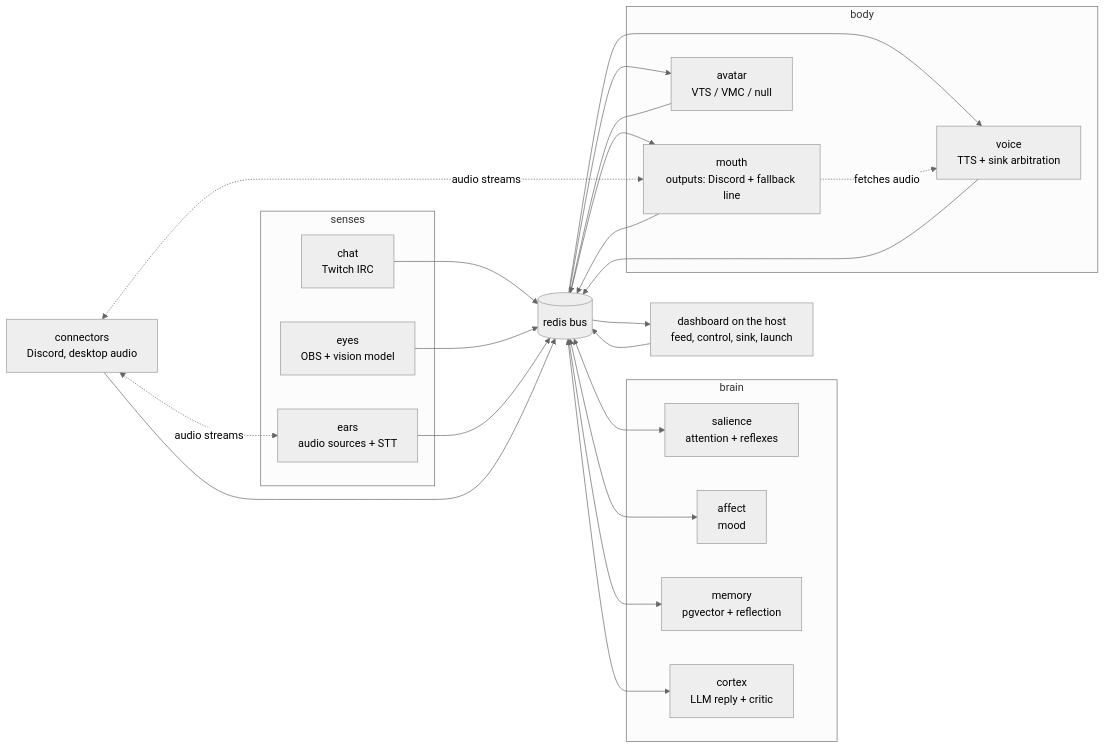
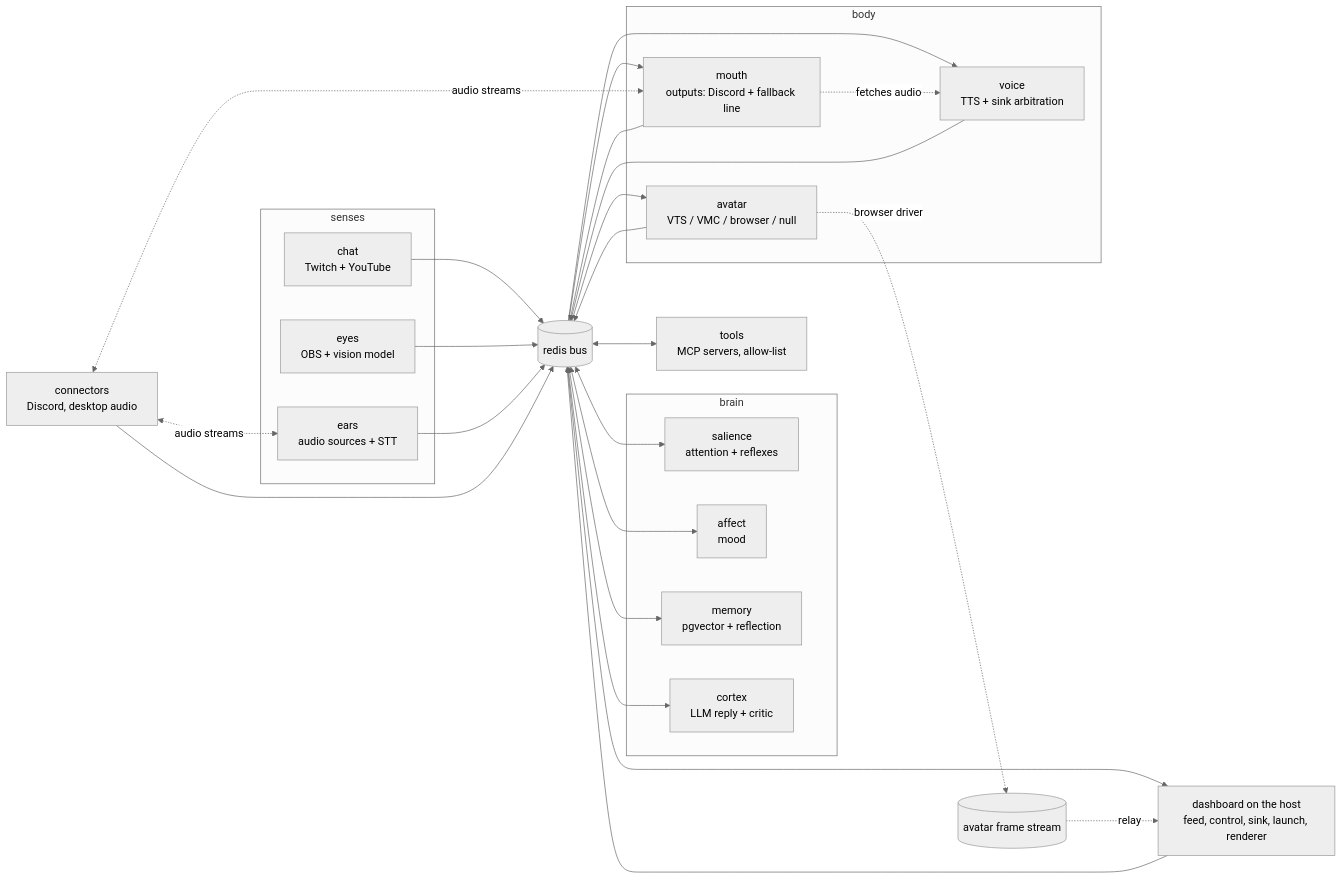
The diagram in docs/high-level-design.md (CoderCoco-Studios/cohost), drawn with Mermaid (neutral theme) before and after one commit. The commit also changed other lines of this file, not shown here.

First line of the commit message:
docs(hld): record intent for tools, a browser renderer, streamed speech and chat safety (1/8) (#148)

````diff
--- a/docs/high-level-design.md
+++ b/docs/high-level-design.md
@@ -334,33 +385,36 @@
 ```mermaid
 flowchart LR
   subgraph senses
-    chat[chat<br/>Twitch IRC]
+    chat[chat<br/>Twitch + YouTube]
     eyes[eyes<br/>OBS + vision model]
     ears[ears<br/>audio sources + STT]
   end
   subgraph brain
     salience[salience<br/>attention + reflexes]
     affect[affect<br/>mood]
     memory[memory<br/>pgvector + reflection]
     cortex[cortex<br/>LLM reply + critic]
   end
+  tools[tools<br/>MCP servers, allow-list]
   subgraph body
     voice[voice<br/>TTS + sink arbitration]
     mouth[mouth<br/>outputs: Discord + fallback line]
-    avatar[avatar<br/>VTS / VMC / null]
+    avatar[avatar<br/>VTS / VMC / browser / null]
   end
-  dashboard[dashboard on the host<br/>feed, control, sink, launch]
+  dashboard[dashboard on the host<br/>feed, control, sink, launch, renderer]
   connectors[connectors<br/>Discord, desktop audio]
+  frames[(avatar frame stream)]
   bus[(redis bus)]
 
   chat & eyes & ears --> bus
-  bus <--> salience & affect & memory & cortex
+  bus <--> salience & affect & memory & cortex & tools
   bus --> voice & mouth & avatar & dashboard
   voice --> bus
   mouth --> bus
   avatar --> bus
   dashboard --> bus
   mouth -. fetches audio .-> voice
   connectors <-. audio streams .-> ears & mouth
   connectors --> bus
+  avatar -. browser driver .-> frames -. relay .-> dashboard
 ```
````
